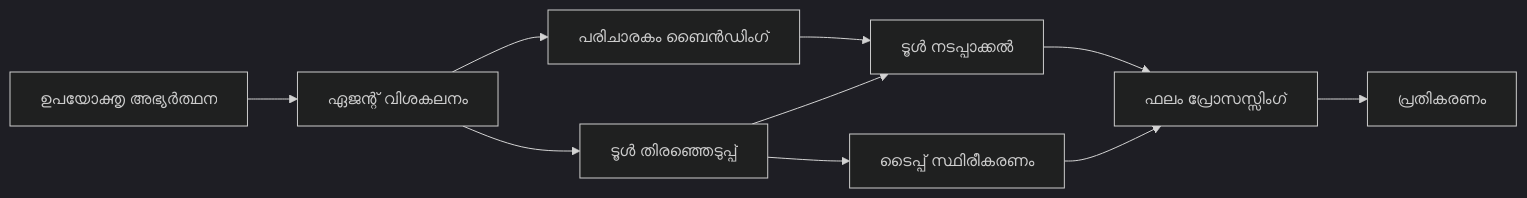
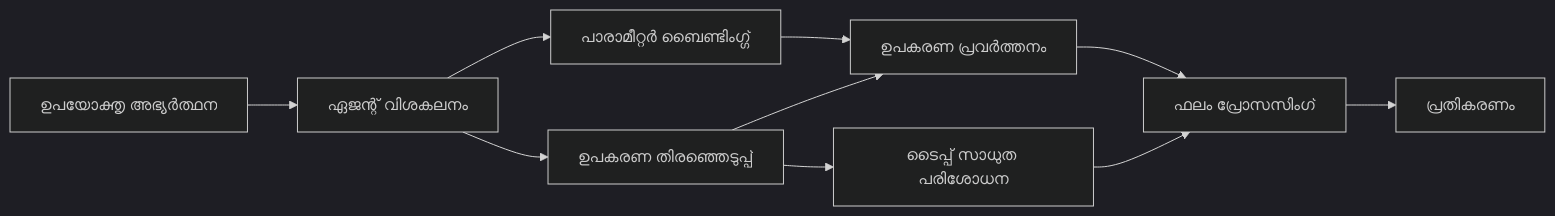
The diagram in translations/ml/04-tool-use/code_samples/04-dotnet-agent-framework.md (venturemavenwill/azureaifundamentals), drawn with Mermaid (dark theme) before and after one commit. The commit also changed other lines of this file and 2002 other files, not shown here.

````diff
--- a/translations/ml/04-tool-use/code_samples/04-dotnet-agent-framework.md
+++ b/translations/ml/04-tool-use/code_samples/04-dotnet-agent-framework.md
@@ -40,12 +40,12 @@
 ```mermaid
 graph LR
-    A[ഉപയോക്തൃ അഭ്യര്‍ത്ഥന] --> B[ഏജന്റ് വിശകലനം]
-    B --> C[ടൂൾ തിരഞ്ഞെടുപ്പ്]
-    C --> D[ടൈപ്പ് സ്ഥിരീകരണം]
-    B --> E[പരിചാരകം ബൈൻഡിംഗ്]
-    E --> F[ടൂൾ നടപ്പാക്കൽ]
+    A[ഉപയോക്തൃ അഭ്യർത്ഥന] --> B[ഏജന്റ് വിശകലനം]
+    B --> C[ഉപകരണ തിരഞ്ഞെടുപ്പ്]
+    C --> D[ടൈപ്പ് സാധുത പരിശോധന]
+    B --> E[പാരാമീറ്റർ ബൈണ്ടിംഗ്ഗ്]
+    E --> F[ഉപകരണ പ്രവർത്തനം]
     C --> F
-    F --> G[ഫലം പ്രോസസ്സിംഗ്]
+    F --> G[ഫലം പ്രോസസിംഗ്]
     D --> G
     G --> H[പ്രതികരണം]
 ```
````
